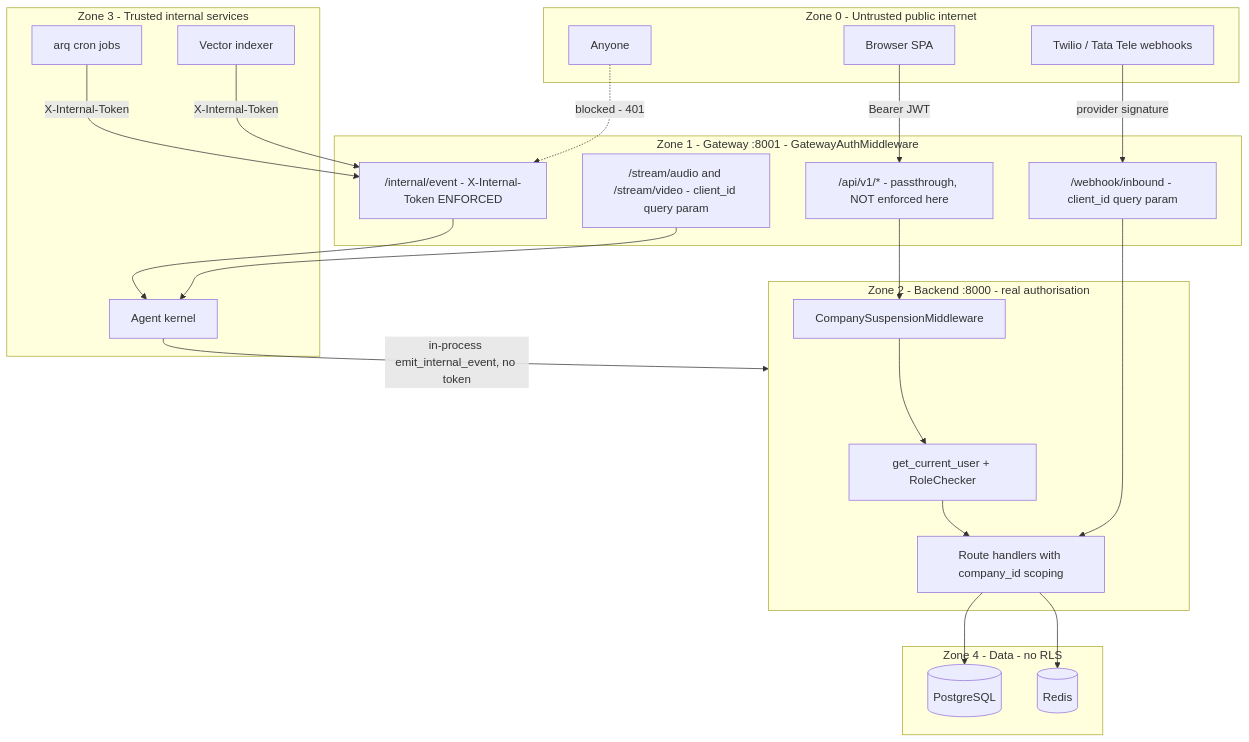
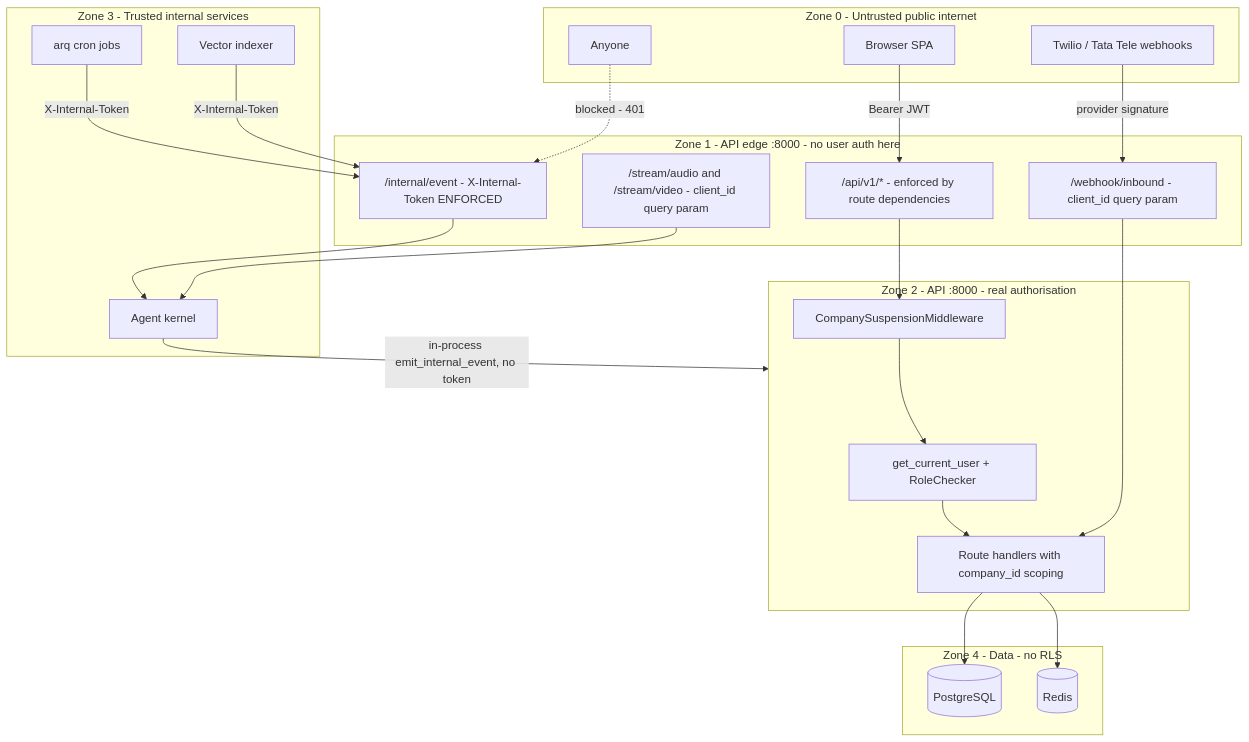
Diagram 15 of 21 in docs/current/04-auth-rbac-tenancy.md (gondolerahul/hire-buddha-app), drawn with Mermaid before and after one commit. The commit also changed other lines of this file and 61 other files, not shown here.

````diff
--- a/docs/current/04-auth-rbac-tenancy.md
+++ b/docs/current/04-auth-rbac-tenancy.md
@@ -1072,45 +1067,45 @@
 ```mermaid
 graph TB
     subgraph UNTRUSTED["Zone 0 - Untrusted public internet"]
         BROWSER["Browser SPA"]
         TELCO["Twilio / Tata Tele webhooks"]
         ATTACKER["Anyone"]
     end
 
-    subgraph EDGE["Zone 1 - Gateway :8001 - GatewayAuthMiddleware"]
-        RESTP["/api/v1/* - passthrough, NOT enforced here"]
+    subgraph EDGE["Zone 1 - API edge :8000 - no user auth here"]
+        RESTP["/api/v1/* - enforced by route dependencies"]
         WH["/webhook/inbound - client_id query param"]
         STREAM["/stream/audio and /stream/video - client_id query param"]
         INTEP["/internal/event - X-Internal-Token ENFORCED"]
     end
 
-    subgraph APP["Zone 2 - Backend :8000 - real authorisation"]
+    subgraph APP["Zone 2 - API :8000 - real authorisation"]
         DEPS["get_current_user + RoleChecker"]
         SUSPM["CompanySuspensionMiddleware"]
         HANDLERS["Route handlers with company_id scoping"]
     end
 
     subgraph INTERNAL["Zone 3 - Trusted internal services"]
         CRON["arq cron jobs"]
         VDB["Vector indexer"]
         AGENTS["Agent kernel"]
     end
 
     subgraph DATA["Zone 4 - Data - no RLS"]
         PG[("PostgreSQL")]
         REDIS[("Redis")]
     end
 
     BROWSER -->|"Bearer JWT"| RESTP
     TELCO -->|"provider signature"| WH
     ATTACKER -.->|"blocked - 401"| INTEP
     CRON -->|"X-Internal-Token"| INTEP
     VDB -->|"X-Internal-Token"| INTEP
     AGENTS -->|"in-process emit_internal_event, no token"| APP
 
     RESTP --> SUSPM --> DEPS --> HANDLERS --> PG
     INTEP --> AGENTS
     WH --> HANDLERS
     STREAM --> AGENTS
     HANDLERS --> REDIS
 ```
````
